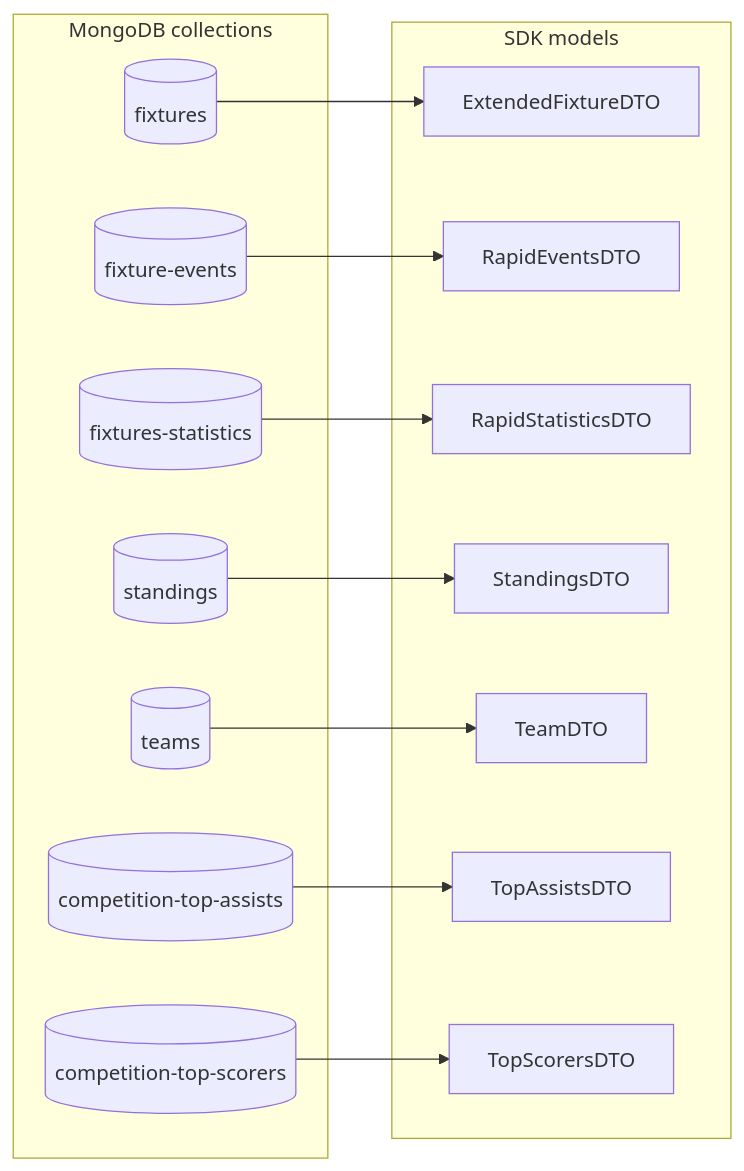
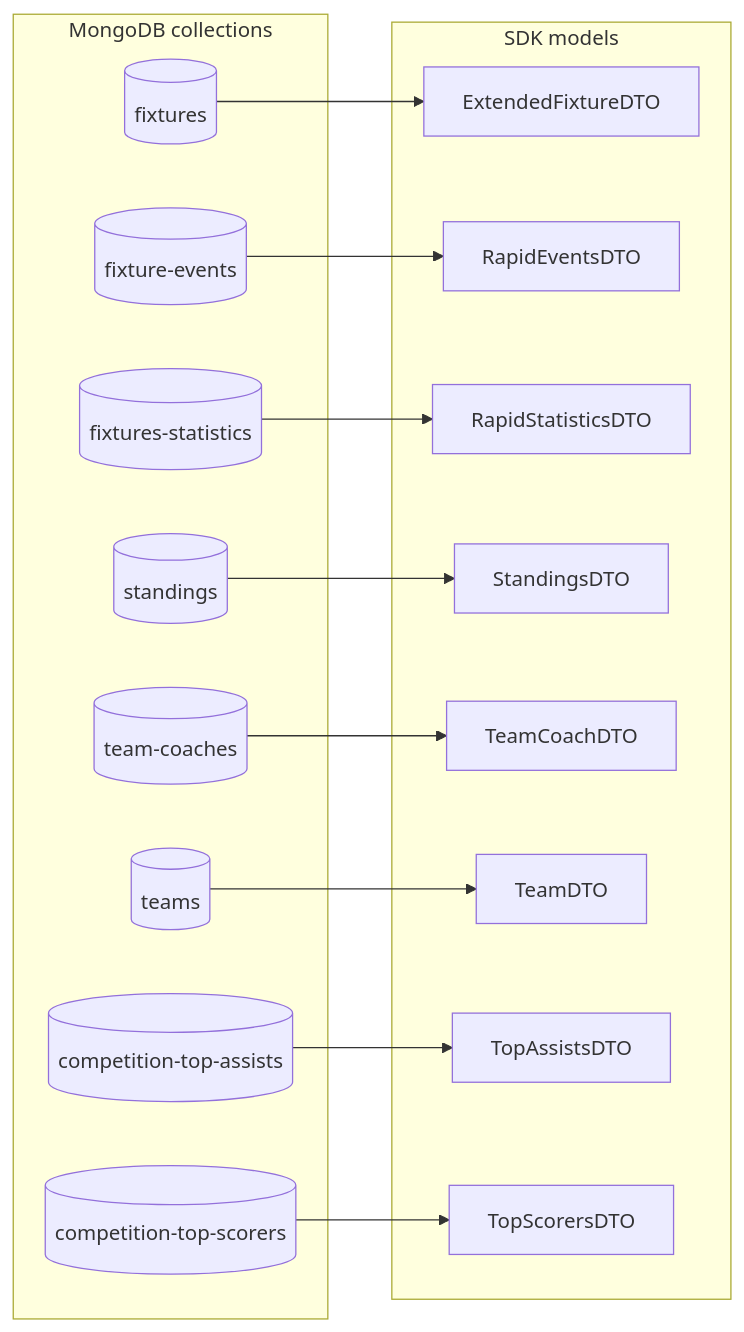
The diagram in README.md (svenson95/reelscore-sdk), drawn with Mermaid before and after one commit.

Commit message:
docs: update generated model graph

````diff
--- a/README.md
+++ b/README.md
@@ -36,28 +36,31 @@
 ```mermaid
 flowchart LR
   subgraph database["MongoDB collections"]
     collection_competition_top_assists[("competition-top-assists")]
     collection_competition_top_scorers[("competition-top-scorers")]
     collection_fixture_events[("fixture-events")]
     collection_fixtures[("fixtures")]
     collection_fixtures_statistics[("fixtures-statistics")]
     collection_standings[("standings")]
+    collection_team_coaches[("team-coaches")]
     collection_teams[("teams")]
   end
   subgraph sdk["SDK models"]
     model_ExtendedFixtureDTO["ExtendedFixtureDTO"]
     model_RapidEventsDTO["RapidEventsDTO"]
     model_RapidStatisticsDTO["RapidStatisticsDTO"]
     model_StandingsDTO["StandingsDTO"]
+    model_TeamCoachDTO["TeamCoachDTO"]
     model_TeamDTO["TeamDTO"]
     model_TopAssistsDTO["TopAssistsDTO"]
     model_TopScorersDTO["TopScorersDTO"]
   end
   collection_competition_top_assists --> model_TopAssistsDTO
   collection_competition_top_scorers --> model_TopScorersDTO
   collection_fixture_events --> model_RapidEventsDTO
   collection_fixtures --> model_ExtendedFixtureDTO
   collection_fixtures_statistics --> model_RapidStatisticsDTO
   collection_standings --> model_StandingsDTO
+  collection_team_coaches --> model_TeamCoachDTO
   collection_teams --> model_TeamDTO
 ```
````
